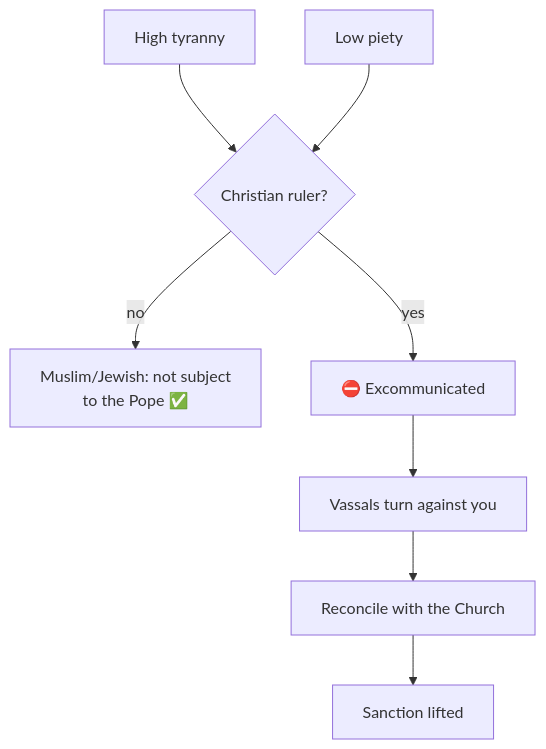
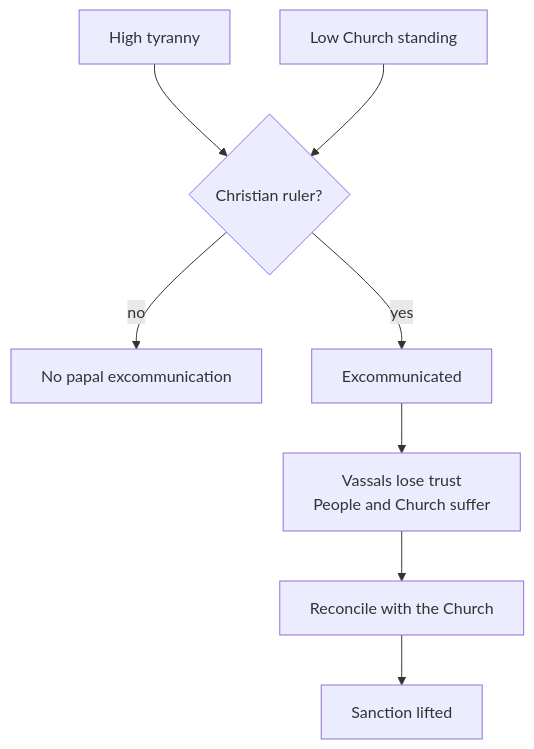
The diagram in content/faith/Doctrines and Excommunication.md (kroryan/Quartz-HispaniaBeta), drawn with Mermaid before and after one commit. The commit also changed other lines of this file and 35 other files, not shown here.

````diff
--- a/content/faith/Doctrines and Excommunication.md
+++ b/content/faith/Doctrines and Excommunication.md
@@ -27,10 +37,10 @@
 ```mermaid
 flowchart TD
     A[High tyranny] --> R{Christian ruler?}
-    B[Low piety] --> R
-    R -->|no| S[Muslim/Jewish: not subject<br/>to the Pope ✅]
-    R -->|yes| E[⛔ Excommunicated]
-    E --> V[Vassals turn against you]
+    B[Low Church standing] --> R
+    R -->|no| S[No papal excommunication]
+    R -->|yes| E[Excommunicated]
+    E --> V[Vassals lose trust<br/>People and Church suffer]
     V --> Rec[Reconcile with the Church]
     Rec --> N[Sanction lifted]
 ```
````
